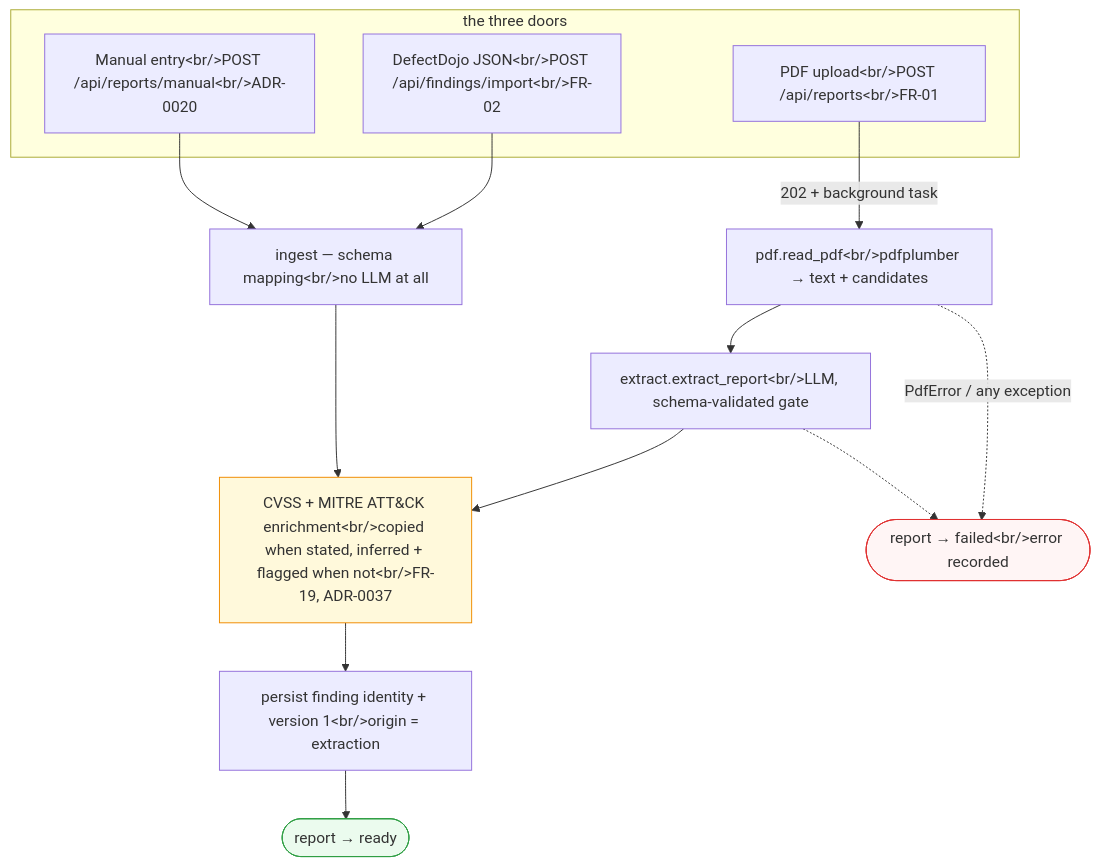
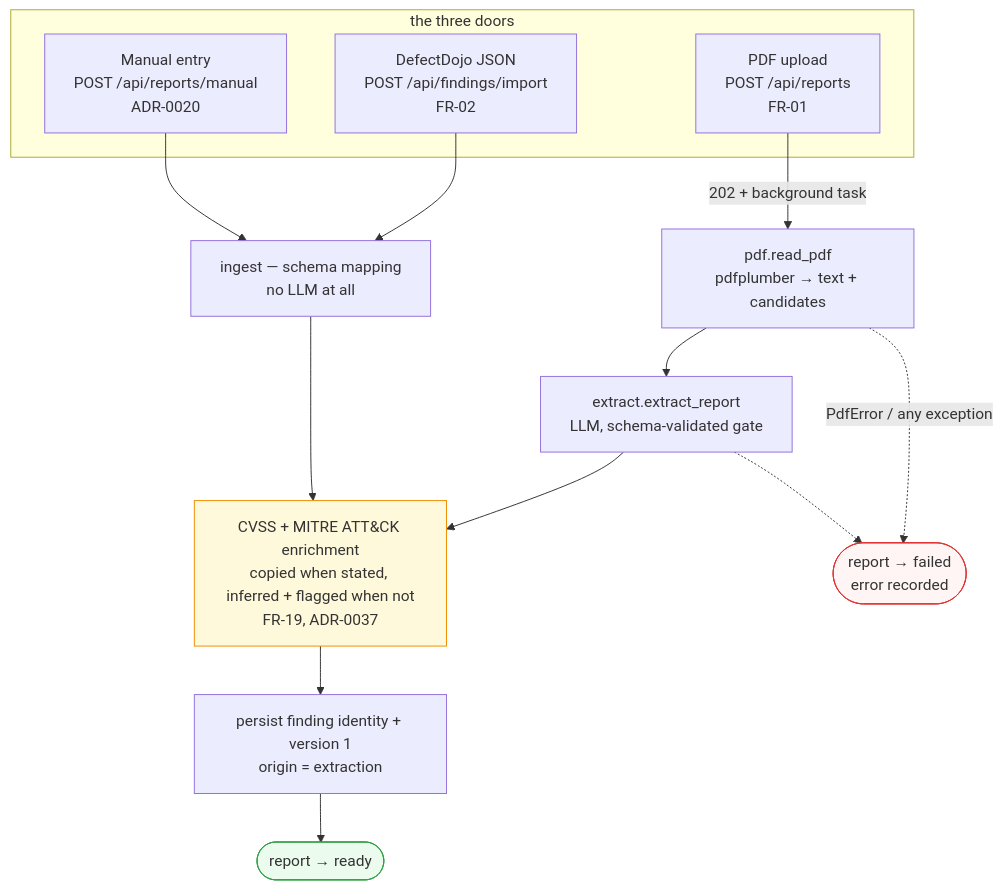
One commit to SelfishCoconut/revalid changed the first of 5 diagrams in docs/architecture/subsystem-flows.md. Above: the diagram before and after it, drawn with Mermaid. The commit also changed other lines of this file and 5 other files, not shown here.

First line of the commit message:
fix(docs): every mermaid diagram rendered as a "Syntax error" bomb (#154) (#155)

````diff
--- a/docs/architecture/subsystem-flows.md
+++ b/docs/architecture/subsystem-flows.md
@@ -17,25 +17,25 @@
 ```mermaid
 flowchart TB
     subgraph doors["the three doors"]
-        P["PDF upload&lt;br/&gt;POST /api/reports&lt;br/&gt;FR-01"]
-        J["DefectDojo JSON&lt;br/&gt;POST /api/findings/import&lt;br/&gt;FR-02"]
-        M["Manual entry&lt;br/&gt;POST /api/reports/manual&lt;br/&gt;ADR-0020"]
+        P["PDF upload<br/>POST /api/reports<br/>FR-01"]
+        J["DefectDojo JSON<br/>POST /api/findings/import<br/>FR-02"]
+        M["Manual entry<br/>POST /api/reports/manual<br/>ADR-0020"]
     end
 
-    P -->|"202 + background task"| PX["pdf.read_pdf&lt;br/&gt;pdfplumber → text + candidates"]
-    PX --> EX["extract.extract_report&lt;br/&gt;LLM, schema-validated gate"]
-    J --> MAP["ingest — schema mapping&lt;br/&gt;no LLM at all"]
+    P -->|"202 + background task"| PX["pdf.read_pdf<br/>pdfplumber → text + candidates"]
+    PX --> EX["extract.extract_report<br/>LLM, schema-validated gate"]
+    J --> MAP["ingest — schema mapping<br/>no LLM at all"]
     M --> MAP
 
-    EX --> ENR["CVSS + MITRE ATT&CK enrichment&lt;br/&gt;copied when stated, inferred + flagged when not&lt;br/&gt;FR-19, ADR-0037"]
+    EX --> ENR["CVSS + MITRE ATT&CK enrichment<br/>copied when stated, inferred + flagged when not<br/>FR-19, ADR-0037"]
     MAP --> ENR
-    ENR --> PERSIST["persist finding identity + version 1&lt;br/&gt;origin = extraction"]
+    ENR --> PERSIST["persist finding identity + version 1<br/>origin = extraction"]
     PERSIST --> READY(["report → ready"])
 
-    PX -.->|"PdfError / any exception"| FAIL(["report → failed&lt;br/&gt;error recorded"])
+    PX -.->|"PdfError / any exception"| FAIL(["report → failed<br/>error recorded"])
     EX -.-> FAIL
 
     style READY fill:#ebfbee,stroke:#2f9e44
     style FAIL fill:#fff5f5,stroke:#e03131
     style ENR fill:#fff9db,stroke:#f08c00
 ```
````
